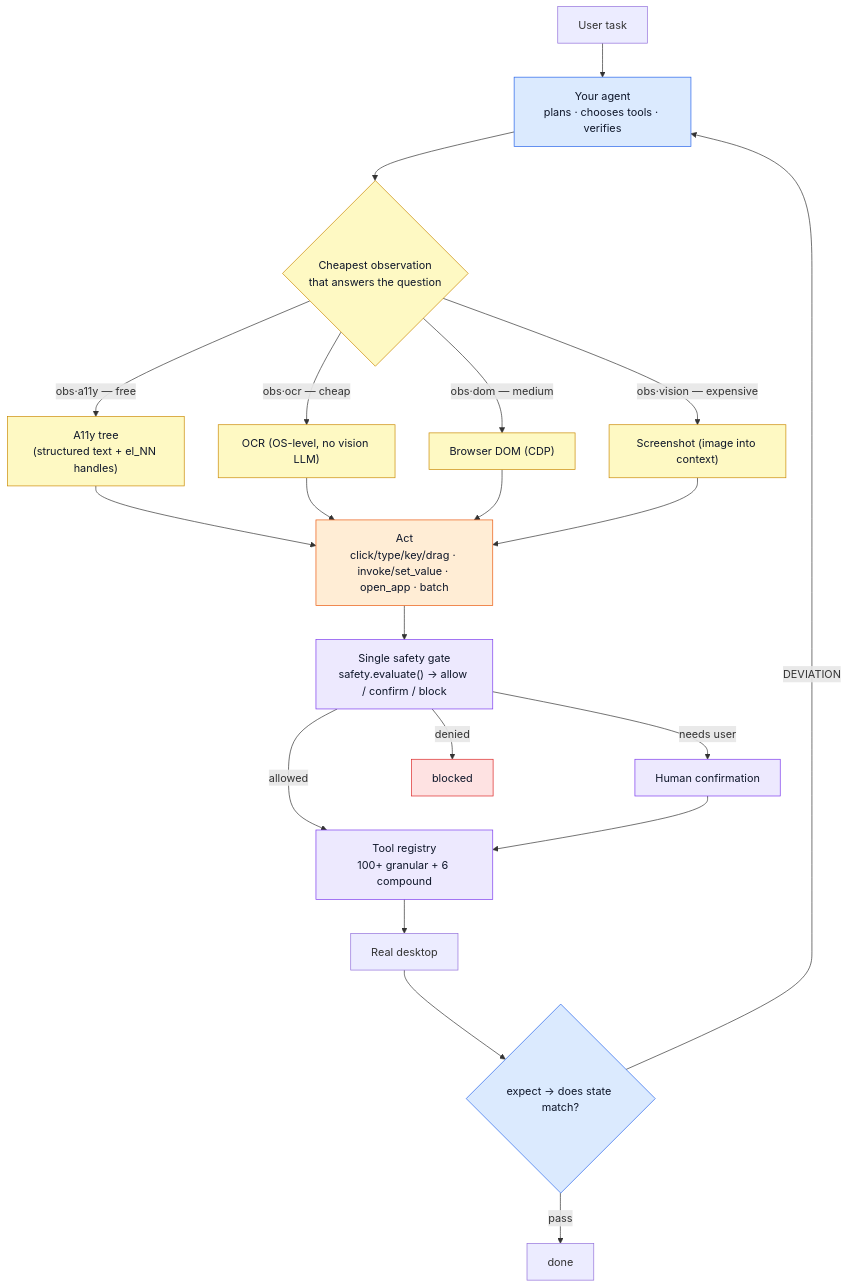
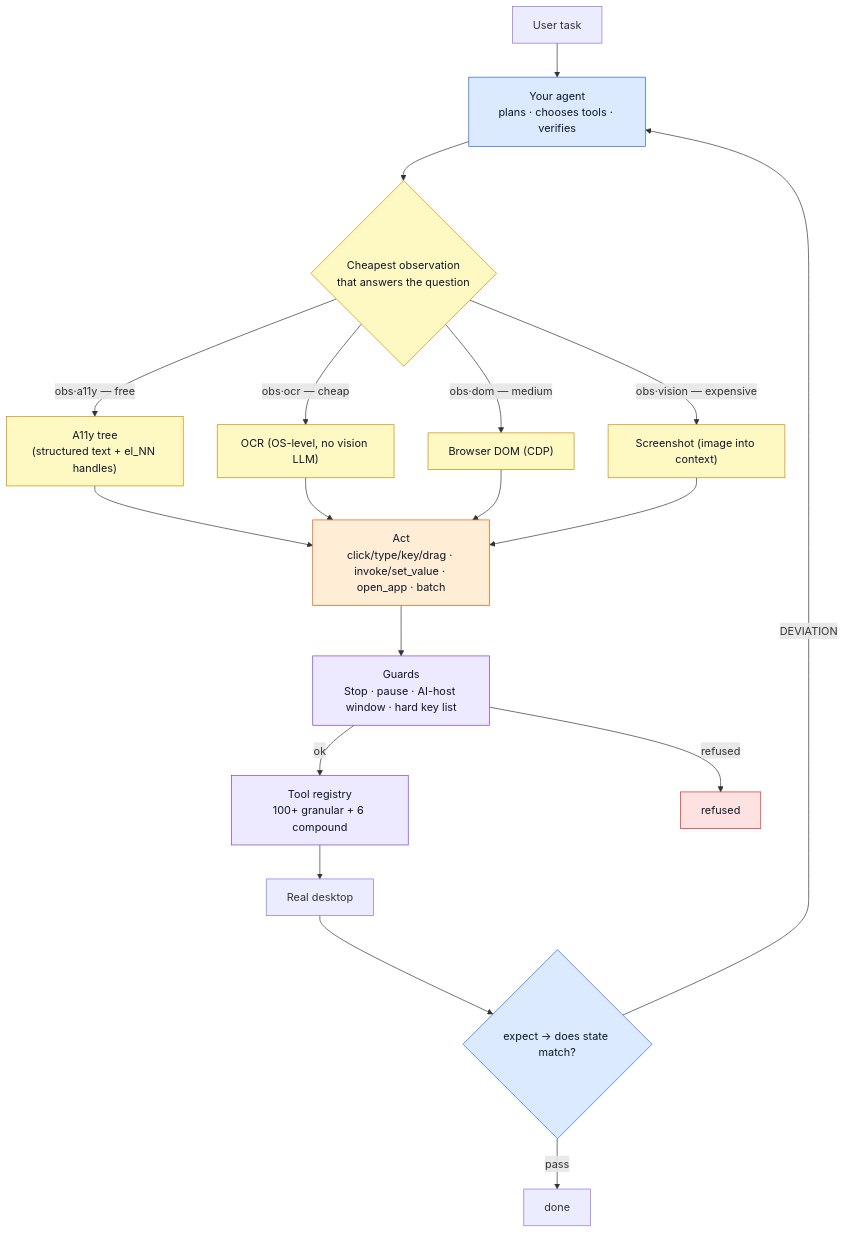
Before and after one commit to AmrDab/clawdcursor: the diagram in README.md, drawn with Mermaid. The commit also changed other lines of this file and 89 other files, not shown here.

First line of the commit message:
refactor!: remove the policy gate; one hard key list; OS-aware keys (1.6) (#344)

````diff
--- a/README.md
+++ b/README.md
@@ -330,36 +330,35 @@
 ```mermaid
 flowchart TB
     task["User task"] --> loop["Your agent<br/>plans · chooses tools · verifies"]
     loop --> observe{"Cheapest observation<br/>that answers the question"}
 
     observe -- "obs·a11y — free" --> a11y["A11y tree<br/>(structured text + el_NN handles)"]
     observe -- "obs·ocr — cheap" --> ocr["OCR (OS-level, no vision LLM)"]
     observe -- "obs·dom — medium" --> dom["Browser DOM (CDP)"]
     observe -- "obs·vision — expensive" --> vision["Screenshot (image into context)"]
 
     a11y --> act
     ocr --> act
     dom --> act
     vision --> act
 
-    act["Act<br/>click/type/key/drag · invoke/set_value · open_app · batch"] --> safety
-    safety["Single safety gate<br/>safety.evaluate() → allow / confirm / block"] -- allowed --> tools["Tool registry<br/>100+ granular + 6 compound"]
-    safety -- needs user --> confirm["Human confirmation"] --> tools
-    safety -- denied --> blocked["blocked"]
+    act["Act<br/>click/type/key/drag · invoke/set_value · open_app · batch"] --> guards
+    guards["Guards<br/>Stop · pause · AI-host window · hard key list"] -- ok --> tools["Tool registry<br/>100+ granular + 6 compound"]
+    guards -- refused --> blocked["refused"]
 
     tools --> desktop["Real desktop"]
     desktop --> verify{"expect → does state match?"}
     verify -- pass --> done["done"]
     verify -- "DEVIATION" --> loop
 
     classDef agentNode fill:#dbeafe,stroke:#2563eb,color:#0f172a;
     classDef gate fill:#ede9fe,stroke:#7c3aed,color:#0f172a;
     classDef obsNode fill:#fef9c3,stroke:#ca8a04,color:#0f172a;
     classDef actNode fill:#ffedd5,stroke:#ea580c,color:#0f172a;
     classDef stop fill:#fee2e2,stroke:#dc2626,color:#0f172a;
     class loop,verify agentNode;
-    class safety,confirm,tools gate;
+    class guards,tools gate;
     class observe,a11y,ocr,dom,vision obsNode;
     class act actNode;
     class blocked stop;
 ```
````
